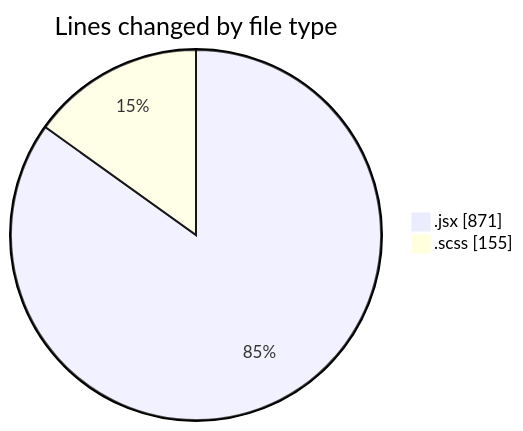
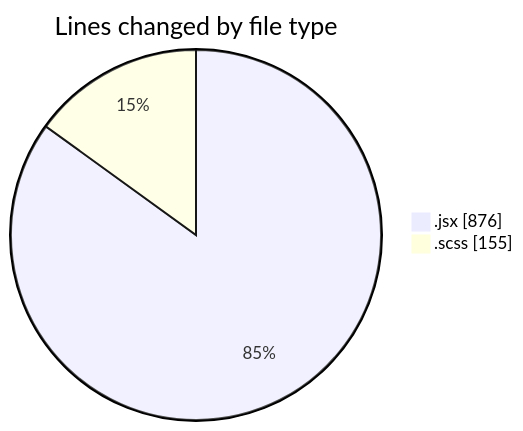
The first of 2 diagrams in 2026-09-02/cda/README.md (momahboobian/code-tracking), drawn with Mermaid before and after one commit. The commit also changed other lines of this file and 1 other file, not shown here.

````diff
--- a/2026-09-02/cda/README.md
+++ b/2026-09-02/cda/README.md
@@ -24,6 +24,6 @@
 ```mermaid
 pie showData
 title Lines changed by file type
-".jsx" : 871
+".jsx" : 876
 ".scss" : 155
 ```
````
